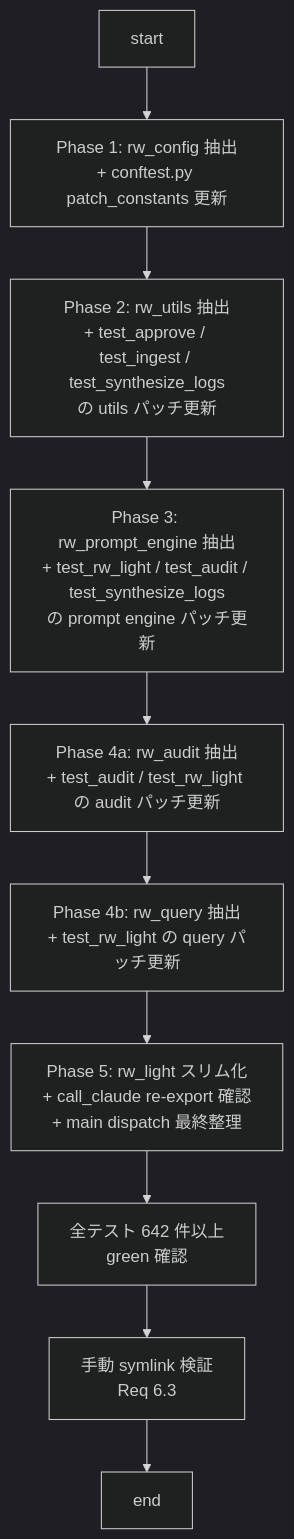
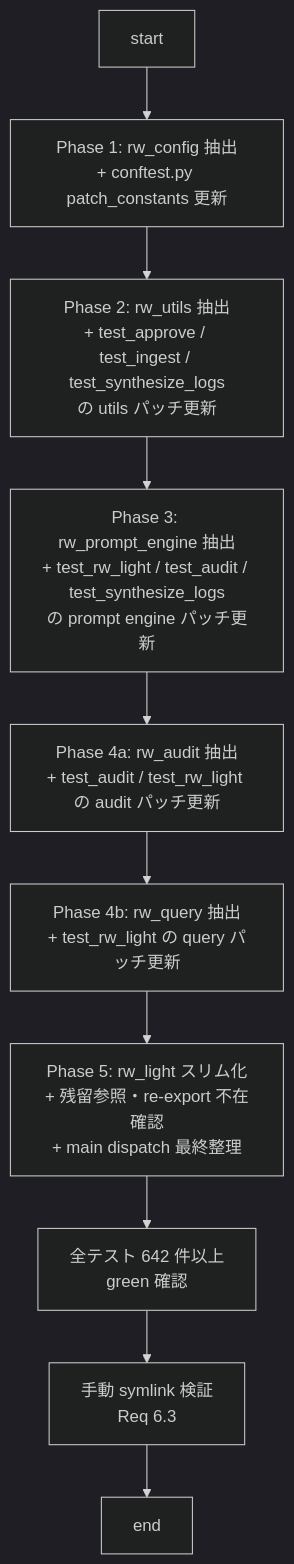
The fourth of 4 diagrams in .kiro/specs/module-split/design.md (kenoogl/Rwiki-dev), drawn with Mermaid (dark theme) before and after one commit. The commit also changed other lines of this file and 5 other files, not shown here.

````diff
--- a/.kiro/specs/module-split/design.md
+++ b/.kiro/specs/module-split/design.md
@@ -679,12 +682,12 @@
 ```mermaid
 flowchart TB
     Start[start] --> Phase1[Phase 1: rw_config 抽出<br/>+ conftest.py patch_constants 更新]
     Phase1 --> Phase2[Phase 2: rw_utils 抽出<br/>+ test_approve / test_ingest / test_synthesize_logs<br/>の utils パッチ更新]
     Phase2 --> Phase3[Phase 3: rw_prompt_engine 抽出<br/>+ test_rw_light / test_audit / test_synthesize_logs<br/>の prompt engine パッチ更新]
     Phase3 --> Phase4[Phase 4a: rw_audit 抽出<br/>+ test_audit / test_rw_light の audit パッチ更新]
     Phase4 --> Phase4b[Phase 4b: rw_query 抽出<br/>+ test_rw_light の query パッチ更新]
-    Phase4b --> Phase5[Phase 5: rw_light スリム化<br/>+ call_claude re-export 確認<br/>+ main dispatch 最終整理]
+    Phase4b --> Phase5[Phase 5: rw_light スリム化<br/>+ 残留参照・re-export 不在確認<br/>+ main dispatch 最終整理]
     Phase5 --> Validate[全テスト 642 件以上<br/>green 確認]
     Validate --> ManualSmoke[手動 symlink 検証<br/>Req 6.3]
     ManualSmoke --> End[end]
 ```
````
